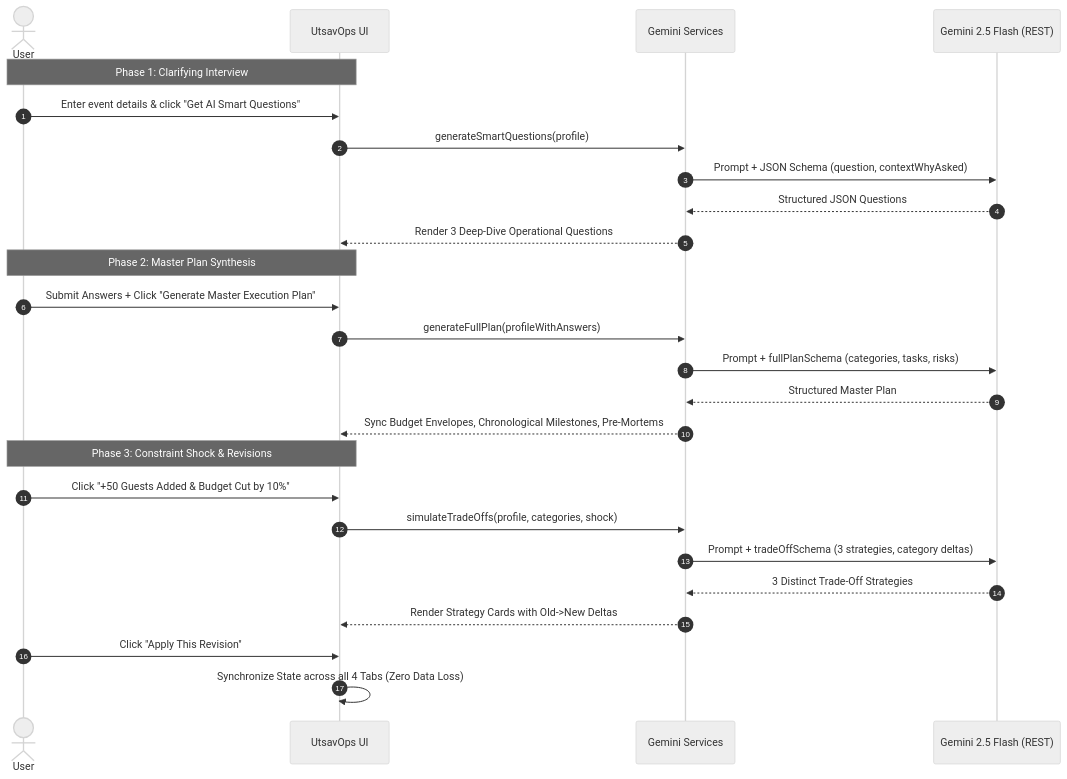
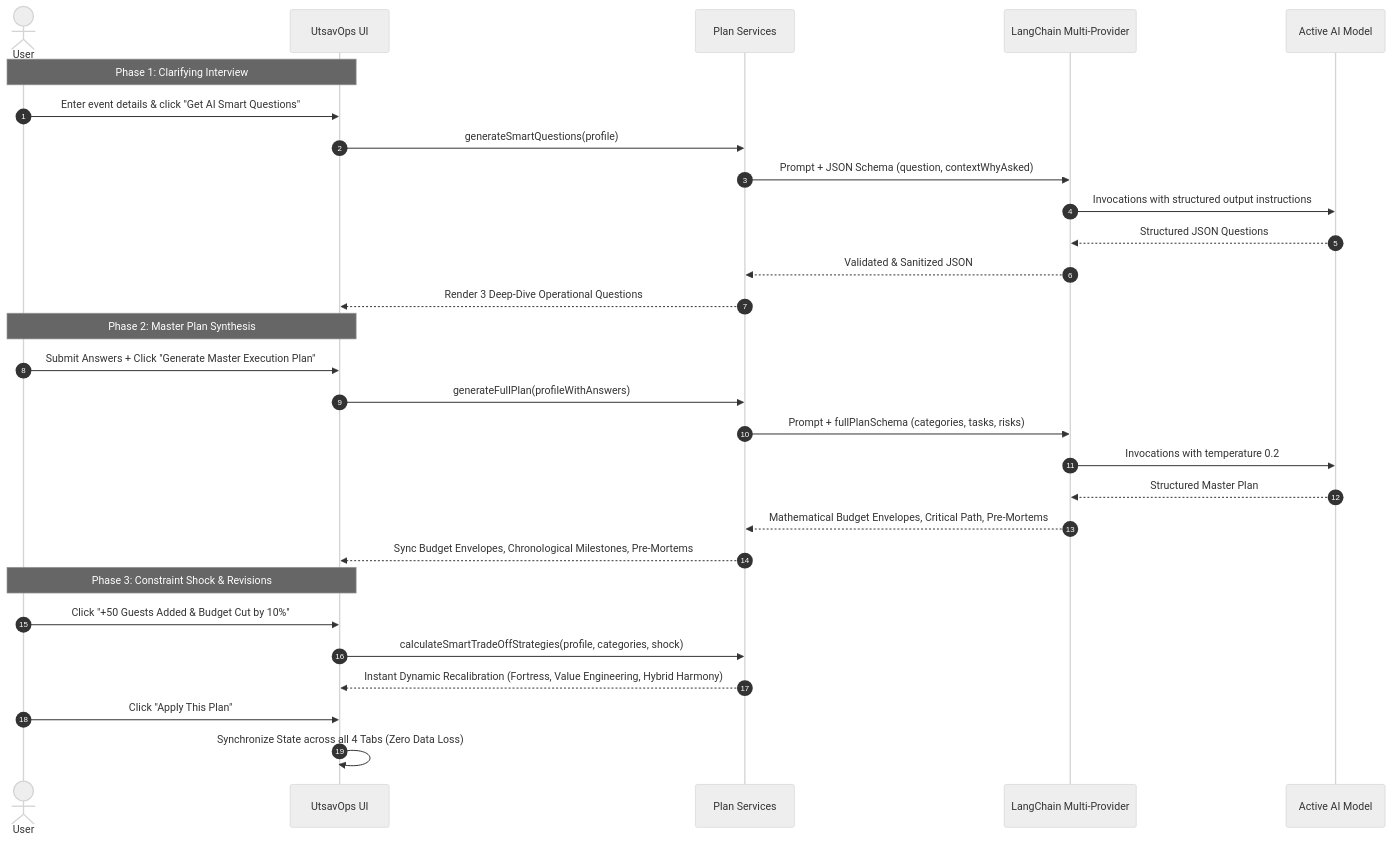
One commit to rateshrake/utsavops-ai changed the second of 2 diagrams in README.md. Above: the diagram before and after it, drawn with Mermaid (neutral theme). The commit also changed other lines of this file and 37 other files, not shown here.

````diff
--- a/README.md
+++ b/README.md
@@ -73,31 +87,34 @@
 ```mermaid
 sequenceDiagram
     autonumber
     actor User
     participant UI as UtsavOps UI
-    participant Service as Gemini Services
-    participant API as Gemini 2.5 Flash (REST)
+    participant Service as Plan Services
+    participant LangChain as LangChain Multi-Provider
+    participant LLM as Active AI Model
 
     Note over User,UI: Phase 1: Clarifying Interview
     User->>UI: Enter event details & click "Get AI Smart Questions"
     UI->>Service: generateSmartQuestions(profile)
-    Service->>API: Prompt + JSON Schema (question, contextWhyAsked)
-    API-->>Service: Structured JSON Questions
+    Service->>LangChain: Prompt + JSON Schema (question, contextWhyAsked)
+    LangChain->>LLM: Invocations with structured output instructions
+    LLM-->>LangChain: Structured JSON Questions
+    LangChain-->>Service: Validated & Sanitized JSON
     Service-->>UI: Render 3 Deep-Dive Operational Questions
 
     Note over User,UI: Phase 2: Master Plan Synthesis
     User->>UI: Submit Answers + Click "Generate Master Execution Plan"
     UI->>Service: generateFullPlan(profileWithAnswers)
-    Service->>API: Prompt + fullPlanSchema (categories, tasks, risks)
-    API-->>Service: Structured Master Plan
+    Service->>LangChain: Prompt + fullPlanSchema (categories, tasks, risks)
+    LangChain->>LLM: Invocations with temperature 0.2
+    LLM-->>LangChain: Structured Master Plan
+    LangChain-->>Service: Mathematical Budget Envelopes, Critical Path, Pre-Mortems
     Service-->>UI: Sync Budget Envelopes, Chronological Milestones, Pre-Mortems
 
     Note over User,UI: Phase 3: Constraint Shock & Revisions
     User->>UI: Click "+50 Guests Added & Budget Cut by 10%"
-    UI->>Service: simulateTradeOffs(profile, categories, shock)
-    Service->>API: Prompt + tradeOffSchema (3 strategies, category deltas)
-    API-->>Service: 3 Distinct Trade-Off Strategies
-    Service-->>UI: Render Strategy Cards with Old->New Deltas
-    User->>UI: Click "Apply This Revision"
+    UI->>Service: calculateSmartTradeOffStrategies(profile, categories, shock)
+    Service-->>UI: Instant Dynamic Recalibration (Fortress, Value Engineering, Hybrid Harmony)
+    User->>UI: Click "Apply This Plan"
     UI->>UI: Synchronize State across all 4 Tabs (Zero Data Loss)
 ```
````
